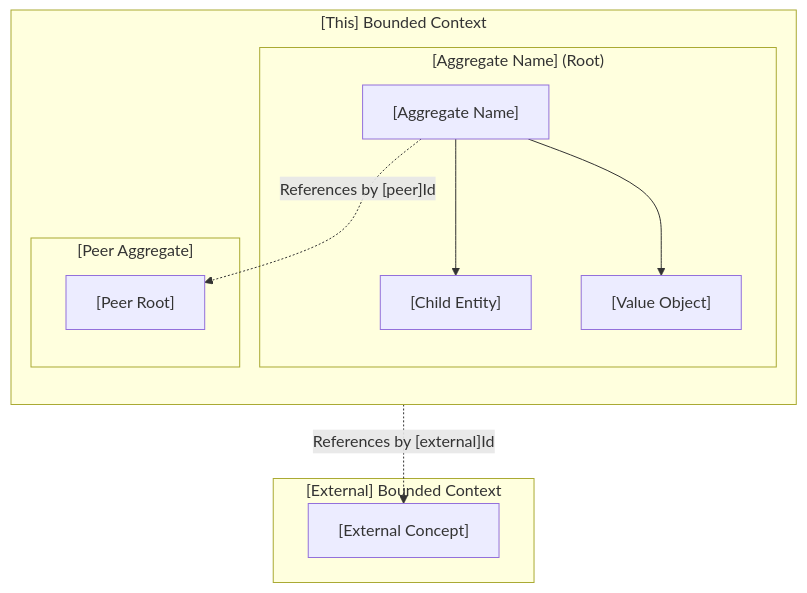
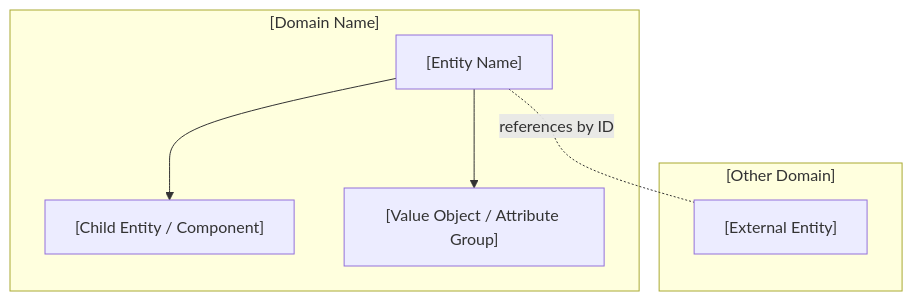
Before and after one commit to khinemyaezin/grab: the first of 3 diagrams in docs/templates/domain-spec-template.md, drawn with Mermaid. The commit also changed other lines of this file and 5 other files, not shown here.

````diff
--- a/docs/templates/domain-spec-template.md
+++ b/docs/templates/domain-spec-template.md
@@ -37,27 +40,17 @@
 ```mermaid
 flowchart TD
-    subgraph BoundedContext ["[This] Bounded Context"]
-        direction TB
+    subgraph ThisDomain ["[Domain Name]"]
+        Root["[Entity Name]"]
+        Child["[Child Entity / Component]"]
+        Value["[Value Object / Attribute Group]"]
 
-        subgraph AggregateRoot ["[Aggregate Name] (Root)"]
-            RootNode["[Aggregate Name]"]
-            ChildEntity["[Child Entity]"]
-            ValueObj["[Value Object]"]
-
-            RootNode --> ChildEntity
-            RootNode --> ValueObj
-        end
-
-        subgraph PeerAggregate ["[Peer Aggregate]"]
-            PeerRoot["[Peer Root]"]
-        end
-
-        RootNode -.->|"References by [peer]Id"| PeerRoot
+        Root --> Child
+        Root --> Value
     end
 
-    subgraph ExternalContext ["[External] Bounded Context"]
-        ExternalEntity["[External Concept]"]
+    subgraph OtherDomain ["[Other Domain]"]
+        External["[External Entity]"]
     end
 
-    RootNode -.->|"References by [external]Id"| ExternalEntity
+    Root -.-|"references by ID"| External
 ```
````
